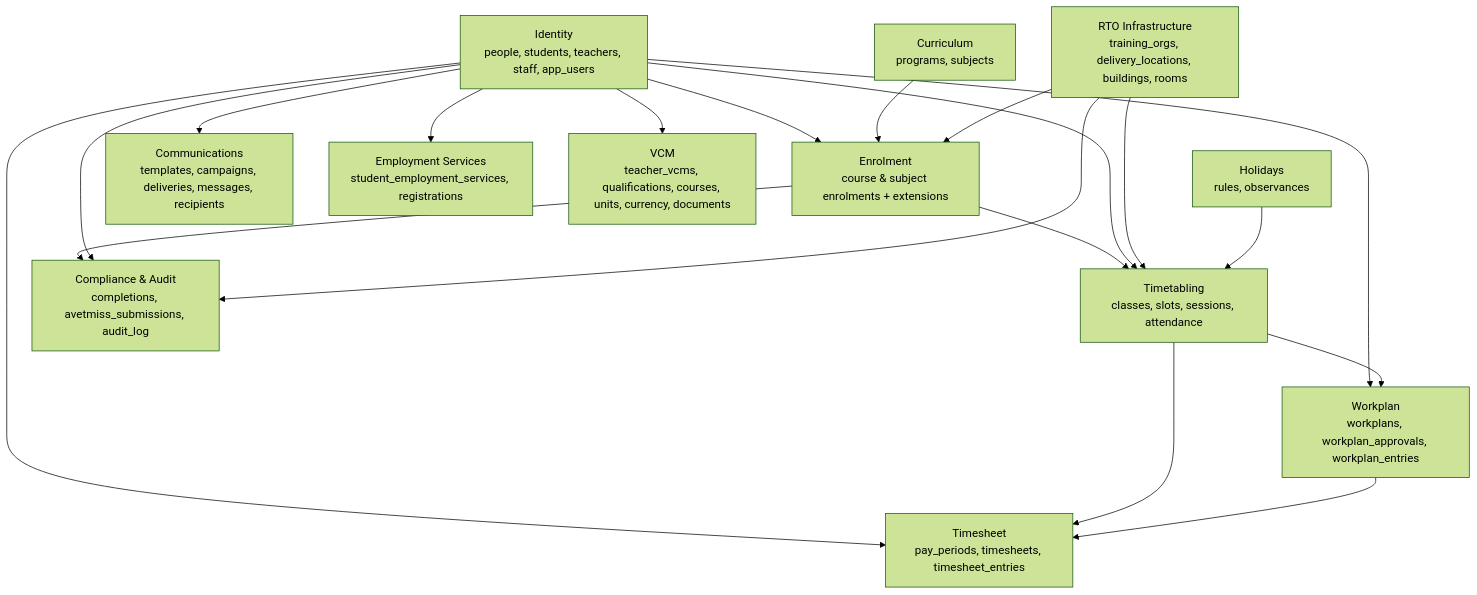
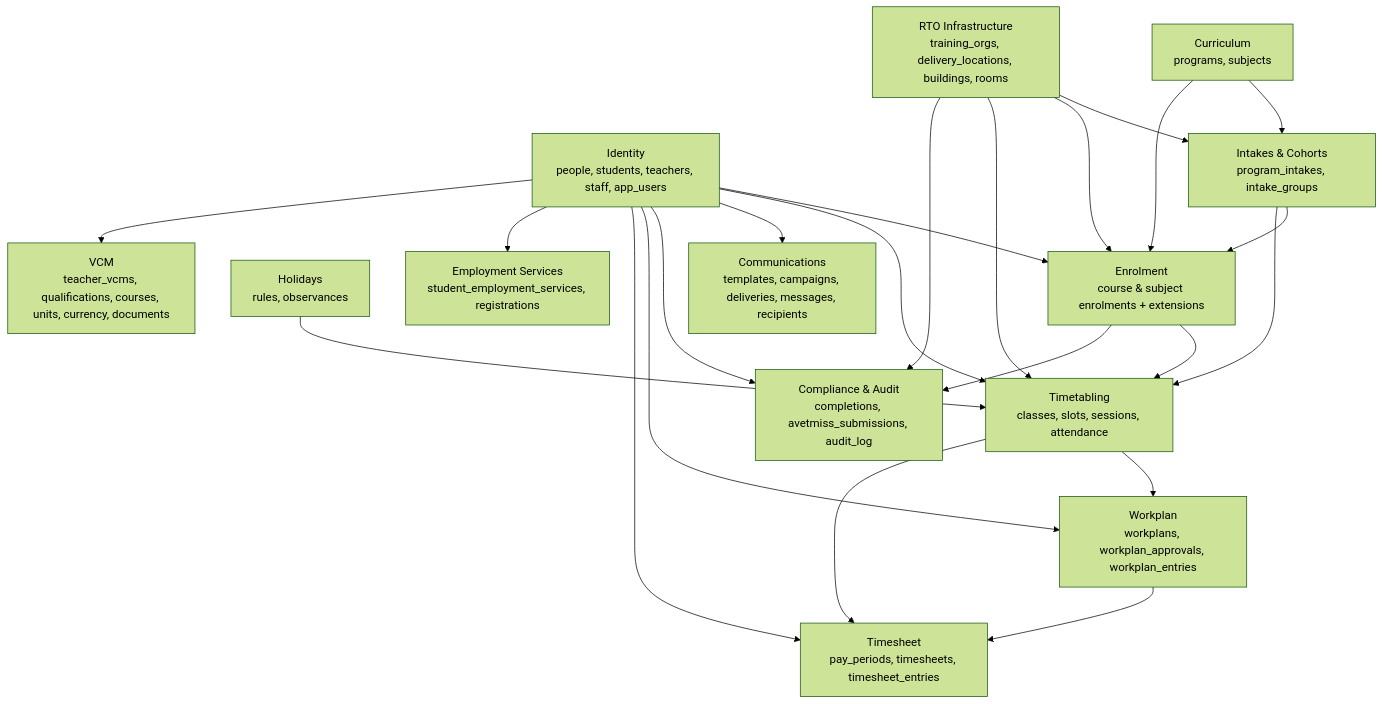
The first of 14 diagrams in docs/DATABASE.md (harleycalvert/nvims), drawn with Mermaid (forest theme) before and after one commit. The commit also changed other lines of this file and 2 other files, not shown here.

Commit message:
included support for multiple intakes of a course

````diff
--- a/docs/DATABASE.md
+++ b/docs/DATABASE.md
@@ -98,34 +103,39 @@
 ```mermaid
 graph TD
     P[Identity<br/>people, students, teachers, staff, app_users]
     C[Curriculum<br/>programs, subjects]
+    IC[Intakes & Cohorts<br/>program_intakes, intake_groups]
     E[Enrolment<br/>course & subject enrolments + extensions]
     I[RTO Infrastructure<br/>training_orgs, delivery_locations, buildings, rooms]
     T[Timetabling<br/>classes, slots, sessions, attendance]
     H[Holidays<br/>rules, observances]
     M[Communications<br/>templates, campaigns, deliveries, messages, recipients]
     A[Compliance & Audit<br/>completions, avetmiss_submissions, audit_log]
     W[Workplan<br/>workplans, workplan_approvals, workplan_entries]
     S[Timesheet<br/>pay_periods, timesheets, timesheet_entries]
     ES[Employment Services<br/>student_employment_services, registrations]
     V[VCM<br/>teacher_vcms, qualifications, courses, units, currency, documents]
 
     P --> E
+    C --> IC
+    I --> IC
+    IC --> E
+    IC --> T
     C --> E
     I --> E
     E --> T
     P --> T
     I --> T
     H --> T
     P --> M
     E --> A
     P --> A
     I --> A
     P --> W
     T --> W
     P --> S
     T --> S
     W --> S
     P --> ES
     P --> V
 ```
````
